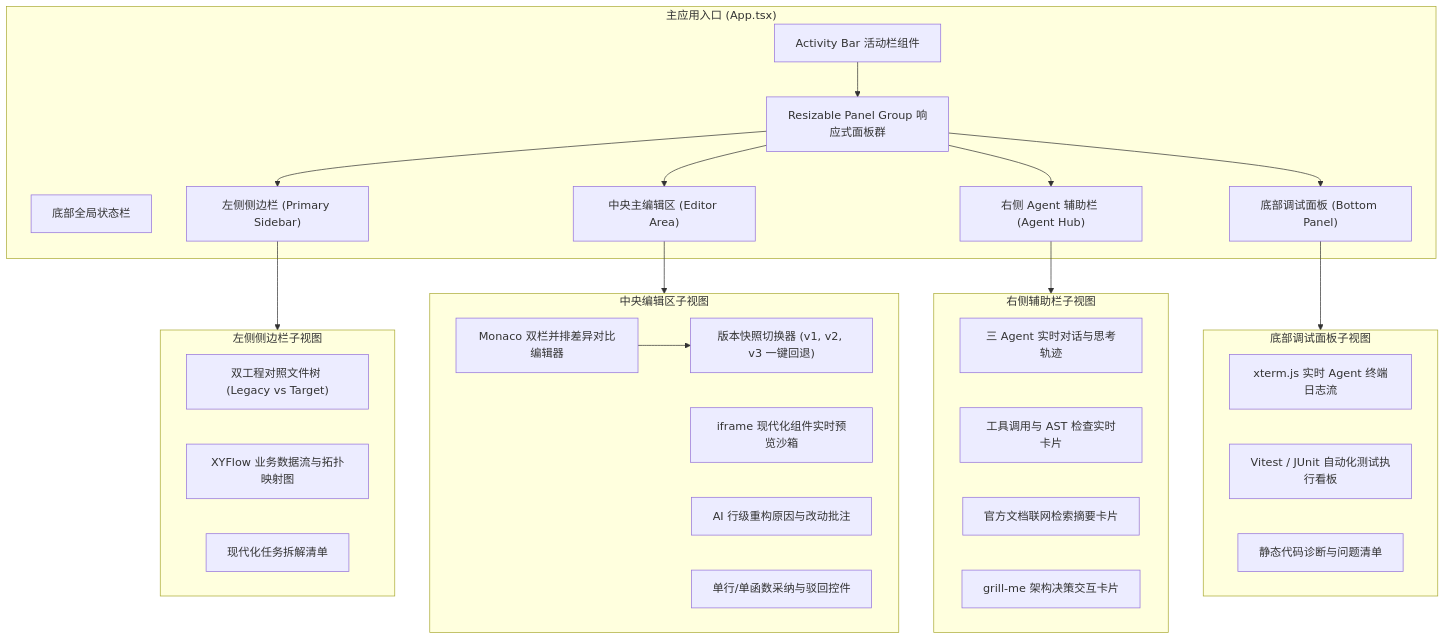
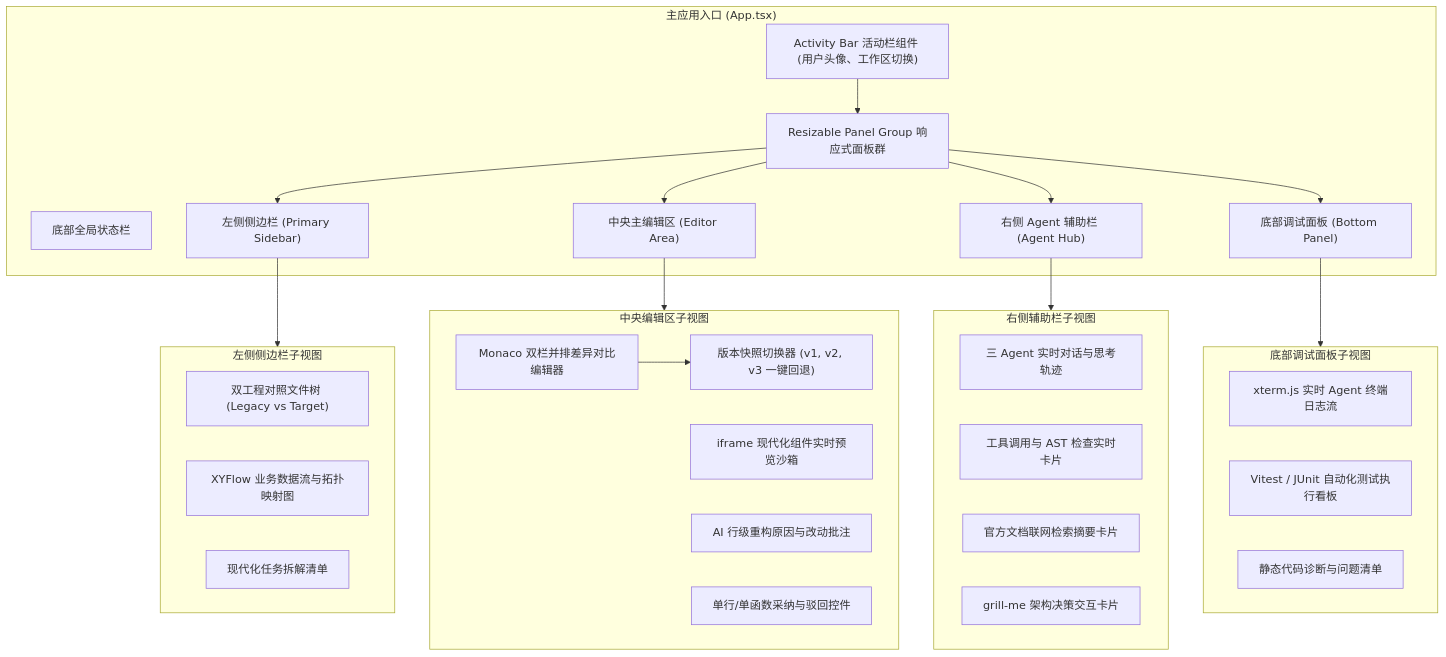
The sixth of 6 diagrams in docs/zh/architecture.md (SakuraCianna/LegacyCodeModernizer), drawn with Mermaid before and after one commit. The commit also changed other lines of this file and 1 other file, not shown here.

````diff
--- a/docs/zh/architecture.md
+++ b/docs/zh/architecture.md
@@ -254,47 +299,47 @@
 ```mermaid
 graph TB
     subgraph App ["主应用入口 (App.tsx)"]
-        ActivityBar["Activity Bar 活动栏组件"]
+        ActivityBar["Activity Bar 活动栏组件 (用户头像、工作区切换)"]
         PanelGroup["Resizable Panel Group 响应式面板群"]
         StatusBar["底部全局状态栏"]
 
         ActivityBar --> PanelGroup
         PanelGroup --> LeftSidebar["左侧侧边栏 (Primary Sidebar)"]
         PanelGroup --> CenterEditor["中央主编辑区 (Editor Area)"]
         PanelGroup --> RightSidebar["右侧 Agent 辅助栏 (Agent Hub)"]
         PanelGroup --> BottomPanel["底部调试面板 (Bottom Panel)"]
     end
 
     subgraph LeftSidebarComponents ["左侧侧边栏子视图"]
         FileTree["双工程对照文件树 (Legacy vs Target)"]
         BusinessMap["XYFlow 业务数据流与拓扑映射图"]
         TaskRoadmap["现代化任务拆解清单"]
     end
 
     subgraph CenterEditorComponents ["中央编辑区子视图"]
         MonacoDiff["Monaco 双栏并排差异对比编辑器"]
         LiveSandboxView["iframe 现代化组件实时预览沙箱"]
         VersionSelector["版本快照切换器 (v1, v2, v3 一键回退)"]
         RationaleBadge["AI 行级重构原因与改动批注"]
         InlineReview["单行/单函数采纳与驳回控件"]
         MonacoDiff --> VersionSelector
     end
 
     subgraph RightSidebarComponents ["右侧辅助栏子视图"]
         AgentChat["三 Agent 实时对话与思考轨迹"]
         ToolBadge["工具调用与 AST 检查实时卡片"]
         DocSnippet["官方文档联网检索摘要卡片"]
         GrillCard["grill-me 架构决策交互卡片"]
     end
 
     subgraph BottomPanelComponents ["底部调试面板子视图"]
         XtermTerminal["xterm.js 实时 Agent 终端日志流"]
         TestRunner["Vitest / JUnit 自动化测试执行看板"]
         LinterProblems["静态代码诊断与问题清单"]
     end
 
     LeftSidebar --> LeftSidebarComponents
     CenterEditor --> CenterEditorComponents
     RightSidebar --> RightSidebarComponents
     BottomPanel --> BottomPanelComponents
 ```
````
